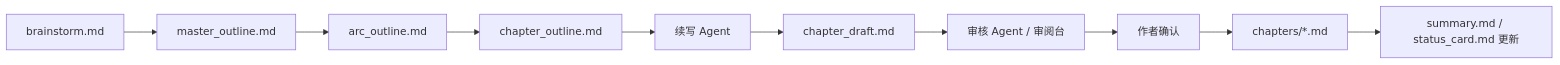
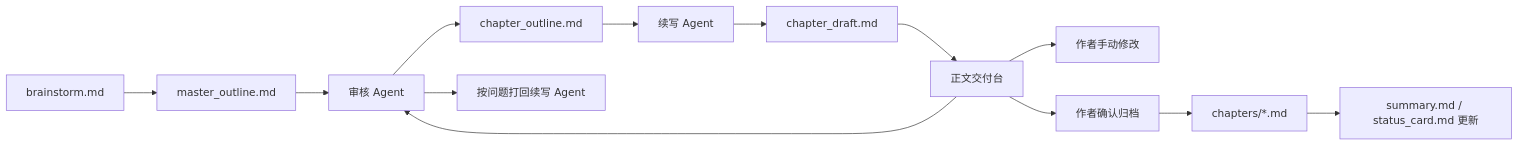
Before and after one commit to agui-coder/novel_agent: the third of 3 diagrams in docs/TECHNICAL_DOSSIER.md, drawn with Mermaid. The commit also changed other lines of this file and 11 other files, not shown here.

````diff
--- a/docs/TECHNICAL_DOSSIER.md
+++ b/docs/TECHNICAL_DOSSIER.md
@@ -129,12 +130,15 @@
 ```mermaid
 flowchart LR
   B["brainstorm.md"] --> M["master_outline.md"]
   M --> A["arc_outline.md"]
   A --> C["chapter_outline.md"]
   C --> P["续写 Agent"]
   P --> D["chapter_draft.md"]
-  D --> R["审核 Agent / 审阅台"]
-  R --> H["作者确认"]
+  D --> R["正文交付台"]
+  R --> A["审核 Agent"]
+  R --> E["作者手动修改"]
+  A --> W["按问题打回续写 Agent"]
+  R --> H["作者确认归档"]
   H --> CH["chapters/*.md"]
   CH --> S["summary.md / status_card.md 更新"]
 ```
````
